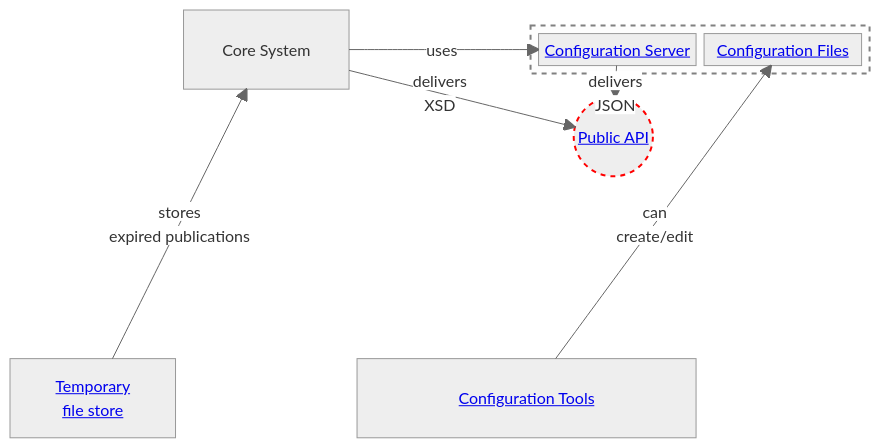
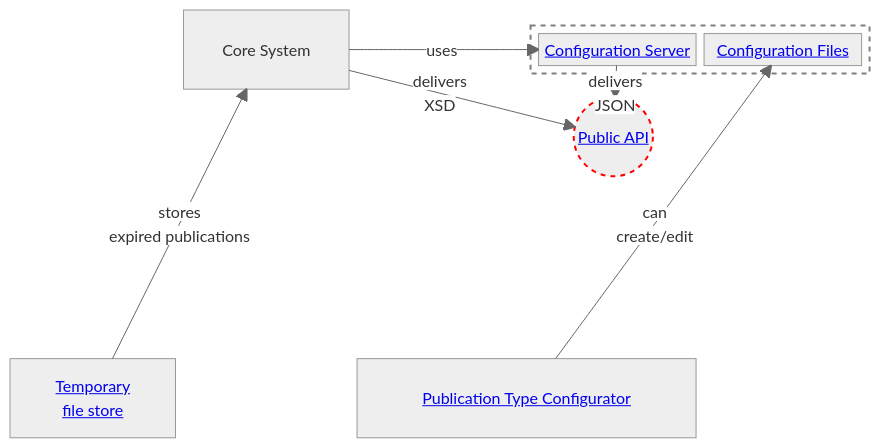
The fourth of 4 diagrams in README.md (officialgazette/big-picture), drawn with Mermaid before and after one commit.

````diff
--- a/README.md
+++ b/README.md
@@ -171,43 +171,43 @@
 ```mermaid
 
 %%{
   init: {
     'theme': 'neutral'
   }
 }%%
 
 block-beta
 columns 4
 
 space
   core["Core System"] space
 block:scope:2
 configServer["<a href='https://github.com/officialgazette/publication-configurator-server'>Configuration Server</a>"]
 termsConfig["<a href='https://github.com/officialgazette/publication-standard'>Configuration Files</a>"]
 end
 space:3
 api(("<a href='https://amtsblattportal.ch/docs/api'>Public API</a>"))
 space:8
 tempStore["<a href='https://github.com/officialgazette/publication-archive'>Temporary
 file store</a>"]
 space
 
-Config["<a href='https://github.com/officialgazette/publication-configurator'>Configuration Tools</a>"]:2
+Config["<a href='https://github.com/officialgazette/publication-configurator'>Publication Type Configurator</a>"]:2
 
 
 Config--"can
 create/edit"-->termsConfig
 core--"uses"-->configServer
 tempStore--"stores
 expired publications"-->core
 core--"delivers
 XSD"-->api
 configServer--"delivers
 JSON"-->api
 
 
 
 
 style scope stroke:grey,stroke-width:2px,color:#fff,stroke-dasharray: 5 5
 style api stroke:red,stroke-width:2px,color:grey,stroke-dasharray: 5 5
 ```
````
